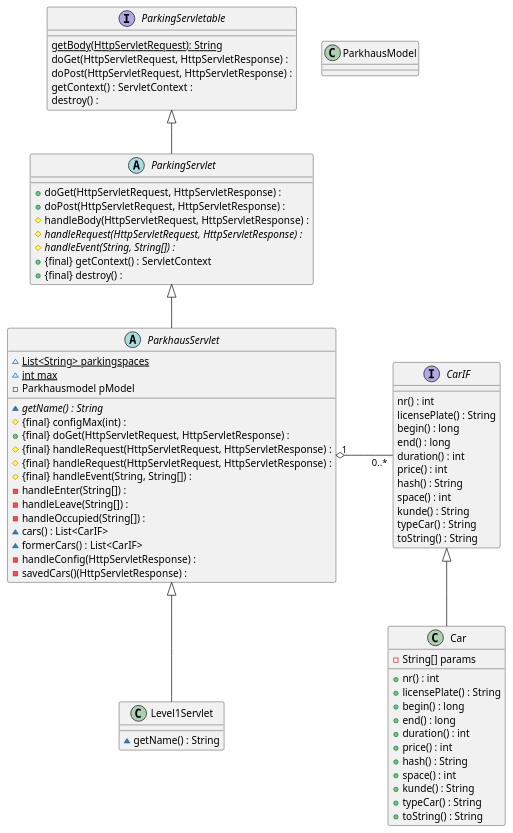
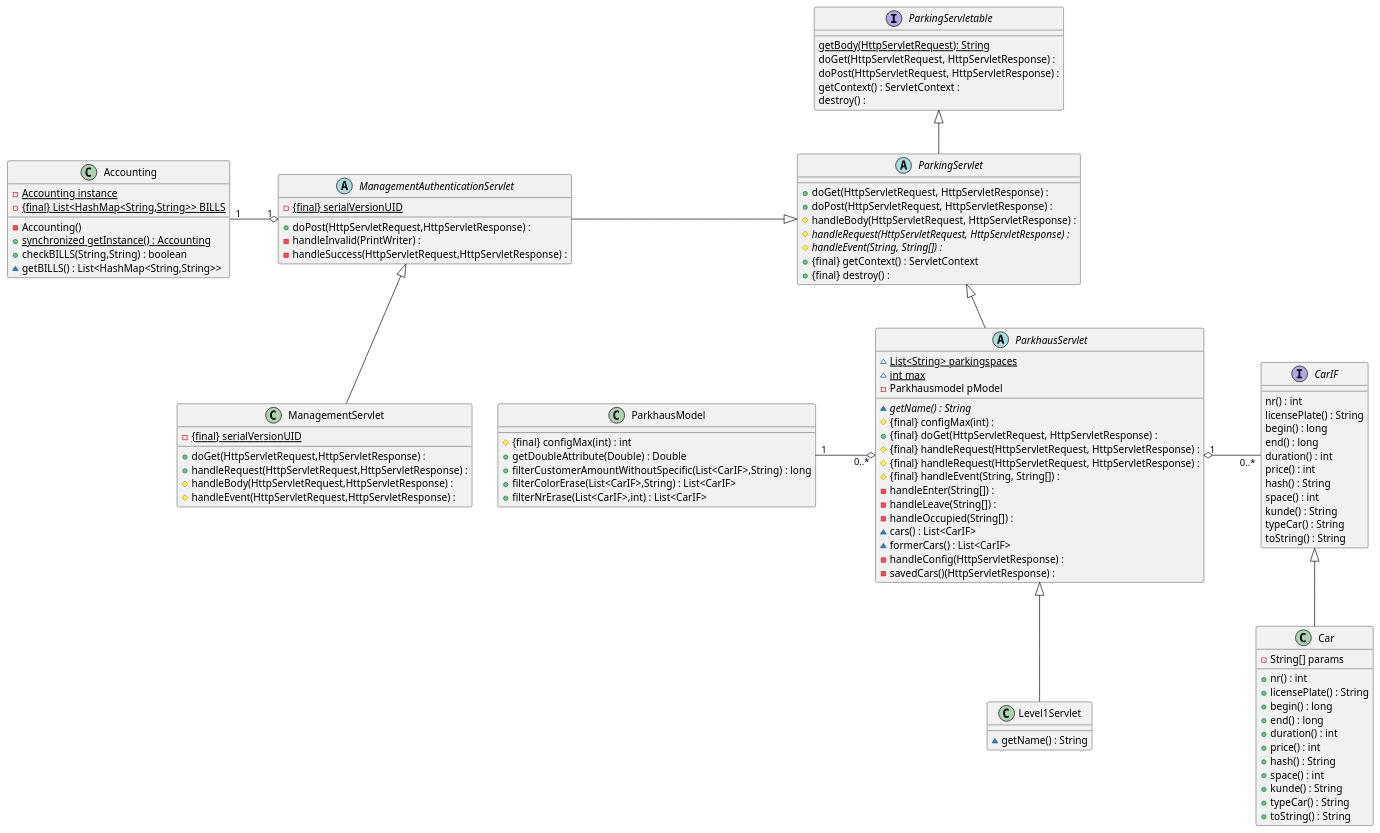
The diagram in src/main/parkhaus-project/Parkhaus/java/Planung/DIAGRAMM/cd_Parkhaus.puml (1nbetw33n/Parkhaus_new), drawn with PlantUML before and after one commit. The commit also changed 11 other files, not shown here.

Commit message:
added Management to cd_Parkhaus.puml

```diff
--- a/src/main/parkhaus-project/Parkhaus/java/Planung/DIAGRAMM/cd_Parkhaus.puml
+++ b/src/main/parkhaus-project/Parkhaus/java/Planung/DIAGRAMM/cd_Parkhaus.puml
@@ -1,86 +1,120 @@
 @startuml
 'https://plantuml.com/class-diagram
 interface ParkingServletable {
     {static} getBody(HttpServletRequest): String
     doGet(HttpServletRequest, HttpServletResponse) :
     doPost(HttpServletRequest, HttpServletResponse) :
     getContext() : ServletContext :
     destroy() :
 }
 abstract class ParkingServlet {
     + doGet(HttpServletRequest, HttpServletResponse) :
     + doPost(HttpServletRequest, HttpServletResponse) :
     # handleBody(HttpServletRequest, HttpServletResponse) :
     # {abstract} handleRequest(HttpServletRequest, HttpServletResponse) :
     # {abstract} handleEvent(String, String[]) :
     + {final} getContext() : ServletContext
     + {final} destroy() :
 }
 
 abstract class ParkhausServlet {
     ~ {static} List<String> parkingspaces
     ~ {static} int max
     - Parkhausmodel pModel
 
     ~ {abstract} getName() : String
     # {final} configMax(int) :
     + {final} doGet(HttpServletRequest, HttpServletResponse) :
     # {final} handleRequest(HttpServletRequest, HttpServletResponse) :
     # {final} handleRequest(HttpServletRequest, HttpServletResponse) :
     # {final} handleEvent(String, String[]) :
     - handleEnter(String[]) :
     - handleLeave(String[]) :
     - handleOccupied(String[]) :
     ~ cars() : List<CarIF>
     ~ formerCars() : List<CarIF>
     - handleConfig(HttpServletResponse) :
     - savedCars()(HttpServletResponse) :
 }
 
 class ParkhausModel {
-
+    # {final} configMax(int) : int
+    + getDoubleAttribute(Double) : Double
+    + filterCustomerAmountWithoutSpecific(List<CarIF>,String) : long
+    + filterColorErase(List<CarIF>,String) : List<CarIF>
+    + filterNrErase(List<CarIF>,int) : List<CarIF>
 }
 
 class Level1Servlet {
     ~ getName() : String
 }
 
 class Car {
     - String[] params
     + nr() : int
     + licensePlate() : String
     + begin() : long
     + end() : long
     + duration() : int
     + price() : int
     + hash() : String
     + space() : int
     + kunde() : String
     + typeCar() : String
     + toString() : String
 }
+
 interface CarIF{
     nr() : int
     licensePlate() : String
     begin() : long
     end() : long
     duration() : int
     price() : int
     hash() : String
     space() : int
     kunde() : String
     typeCar() : String
     toString() : String
 }
 
+abstract class ManagementAuthenticationServlet {
+    - {final} {static} serialVersionUID
+    + doPost(HttpServletRequest,HttpServletResponse) :
+    - handleInvalid(PrintWriter) :
+    - handleSuccess(HttpServletRequest,HttpServletResponse) :
+}
+
+class ManagementServlet {
+    - {final} {static} serialVersionUID
+    + doGet(HttpServletRequest,HttpServletResponse) :
+    + handleRequest(HttpServletRequest,HttpServletResponse) :
+    # handleBody(HttpServletRequest,HttpServletResponse) :
+    # handleEvent(HttpServletRequest,HttpServletResponse) :
+}
+
+class Accounting {
+    - {static} Accounting instance
+    - {static} {final} List<HashMap<String,String>> BILLS
+    - Accounting()
+    + {static} synchronized getInstance() : Accounting
+    + checkBILLS(String,String) : boolean
+    ~ getBILLS() : List<HashMap<String,String>>
+}
+
+
+
 
 ParkingServletable <|-- ParkingServlet
 ParkingServlet <|-- ParkhausServlet
 ParkhausServlet <|-- Level1Servlet
 
+ParkhausServlet "0..*" o-left- "1" ParkhausModel : "              "
 CarIF "0..*" -left-o "1" ParkhausServlet : "             "
 CarIF <|-- Car
 
-
+ParkingServlet <|-left- ManagementAuthenticationServlet
+ManagementAuthenticationServlet <|-down- ManagementServlet
+ManagementAuthenticationServlet "1" o-left- "1" Accounting : "         "
 
 @enduml
```
